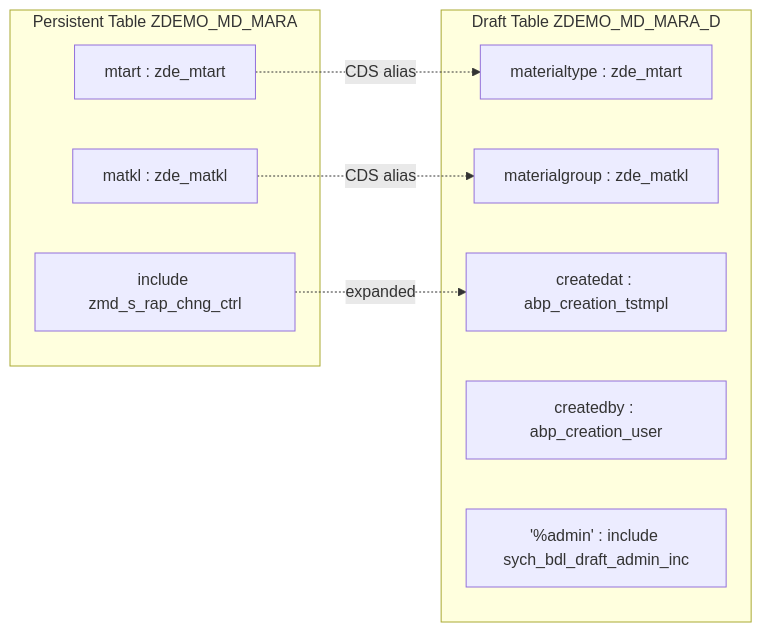
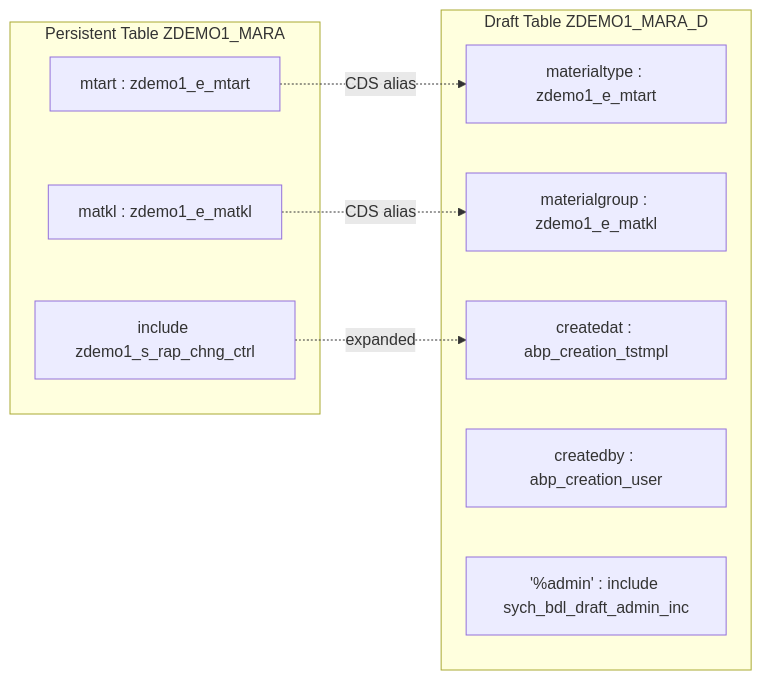
One commit to fr0ster/cloud-llm-hub changed the sixth of 10 diagrams in docs/tutorials/rap-bo-creation.md. Above: the diagram before and after it, drawn with Mermaid. The commit also changed other lines of this file, not shown here.

Commit message:
docs: add naming convention with Z<II><N>_ prefix and length validation to RAP BO tutorial

````diff
--- a/docs/tutorials/rap-bo-creation.md
+++ b/docs/tutorials/rap-bo-creation.md
@@ -261,20 +291,20 @@
 ```mermaid
 graph LR
-    subgraph "Persistent Table ZDEMO_MD_MARA"
-        P1[mtart : zde_mtart]
-        P2[matkl : zde_matkl]
-        P3["include zmd_s_rap_chng_ctrl"]
+    subgraph "Persistent Table ZDEMO1_MARA"
+        P1[mtart : zdemo1_e_mtart]
+        P2[matkl : zdemo1_e_matkl]
+        P3["include zdemo1_s_rap_chng_ctrl"]
     end
 
-    subgraph "Draft Table ZDEMO_MD_MARA_D"
-        D1[materialtype : zde_mtart]
-        D2[materialgroup : zde_matkl]
+    subgraph "Draft Table ZDEMO1_MARA_D"
+        D1[materialtype : zdemo1_e_mtart]
+        D2[materialgroup : zdemo1_e_matkl]
         D3[createdat : abp_creation_tstmpl]
         D4[createdby : abp_creation_user]
         D5["'%admin' : include sych_bdl_draft_admin_inc"]
     end
 
     P1 -.->|"CDS alias"| D1
     P2 -.->|"CDS alias"| D2
     P3 -.->|"expanded"| D3
 ```
````
